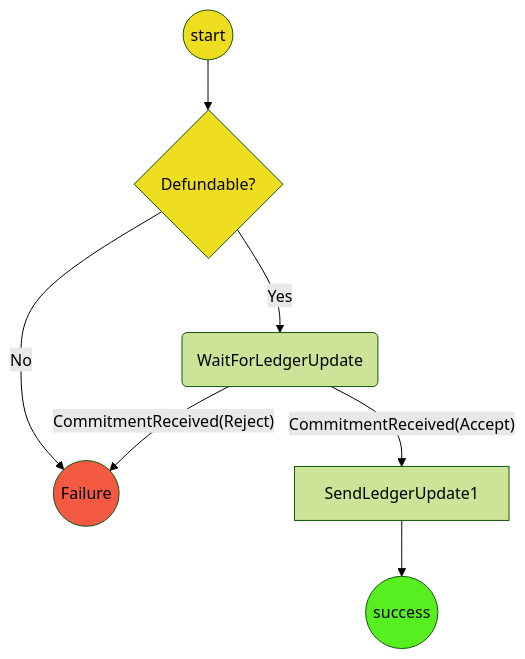
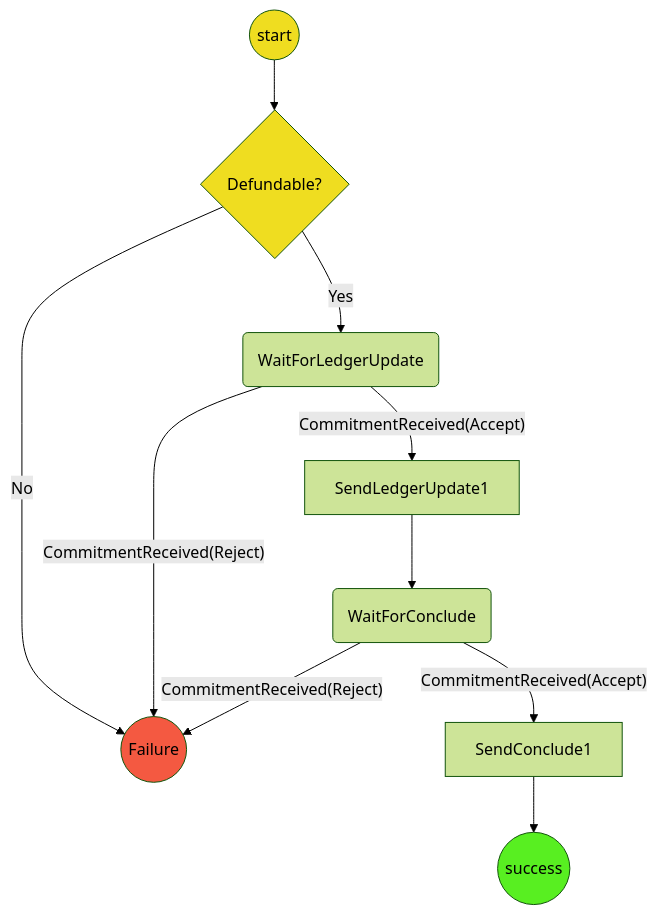
One commit to magmo/apps changed the second of 2 diagrams in packages/wallet/src/redux/protocols/indirect-defunding/readme.md. Above: the diagram before and after it, drawn with Mermaid (forest theme). The commit also changed other lines of this file and 7 other files, not shown here.

````diff
--- a/packages/wallet/src/redux/protocols/indirect-defunding/readme.md
+++ b/packages/wallet/src/redux/protocols/indirect-defunding/readme.md
@@ -33,16 +39,19 @@
 ```mermaid
 graph TD
 linkStyle default interpolate basis
   St((start))-->DF{Defundable?}
   DF --> |No| F((Failure))
   DF --> |Yes| WFU(WaitForLedgerUpdate)
   WFU-->|"CommitmentReceived(Accept)"|SC1[SendLedgerUpdate1]
   WFU --> |"CommitmentReceived(Reject)"| F
-  SC1-->S((success))
+  SC1-->WFC(WaitForConclude)
+  WFC --> |"CommitmentReceived(Accept)"|SCo1[SendConclude1]
+  SCo1-->Su((success))
+  WFC --> |"CommitmentReceived(Reject)"| F
 
   style St  fill:#efdd20
   style DF  fill:#efdd20
-  style S fill:#58ef21
+  style Su fill:#58ef21
   style F  fill:#f45941
 
 ```
````
